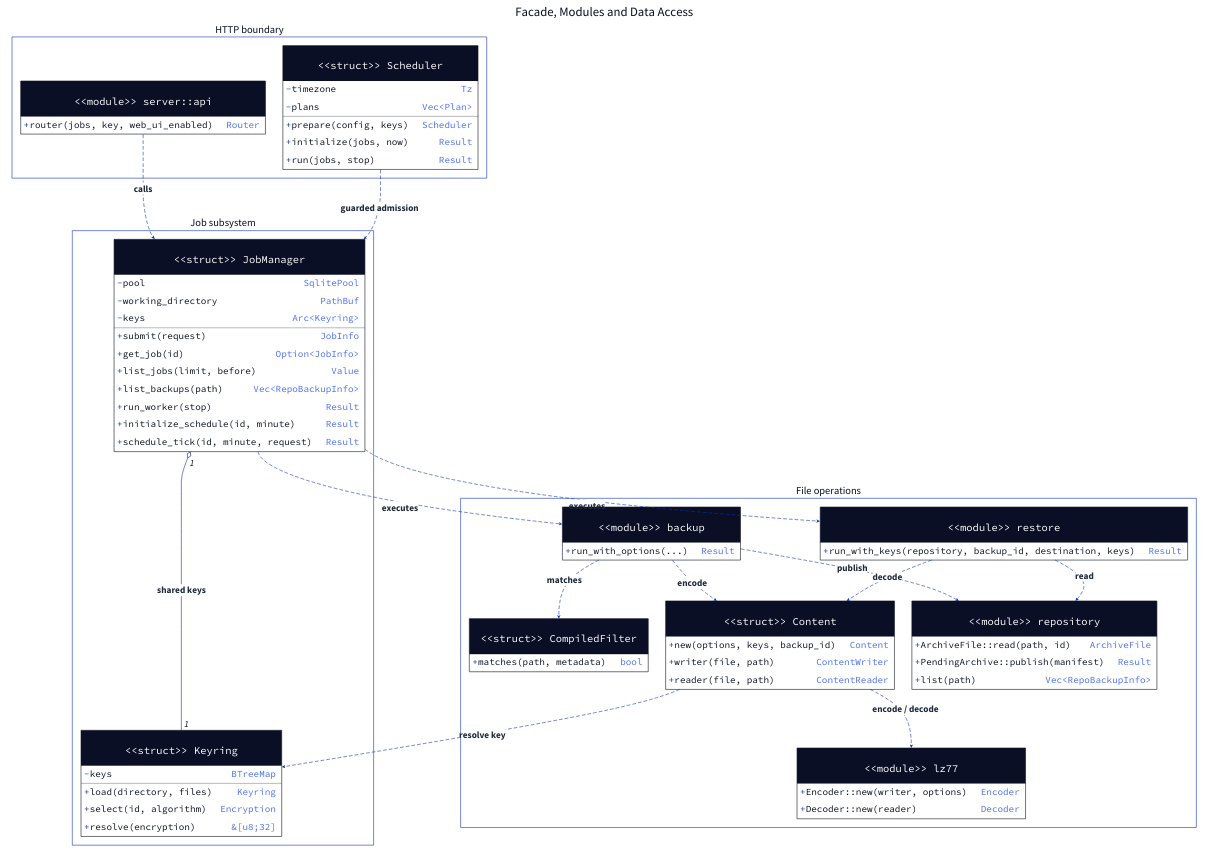
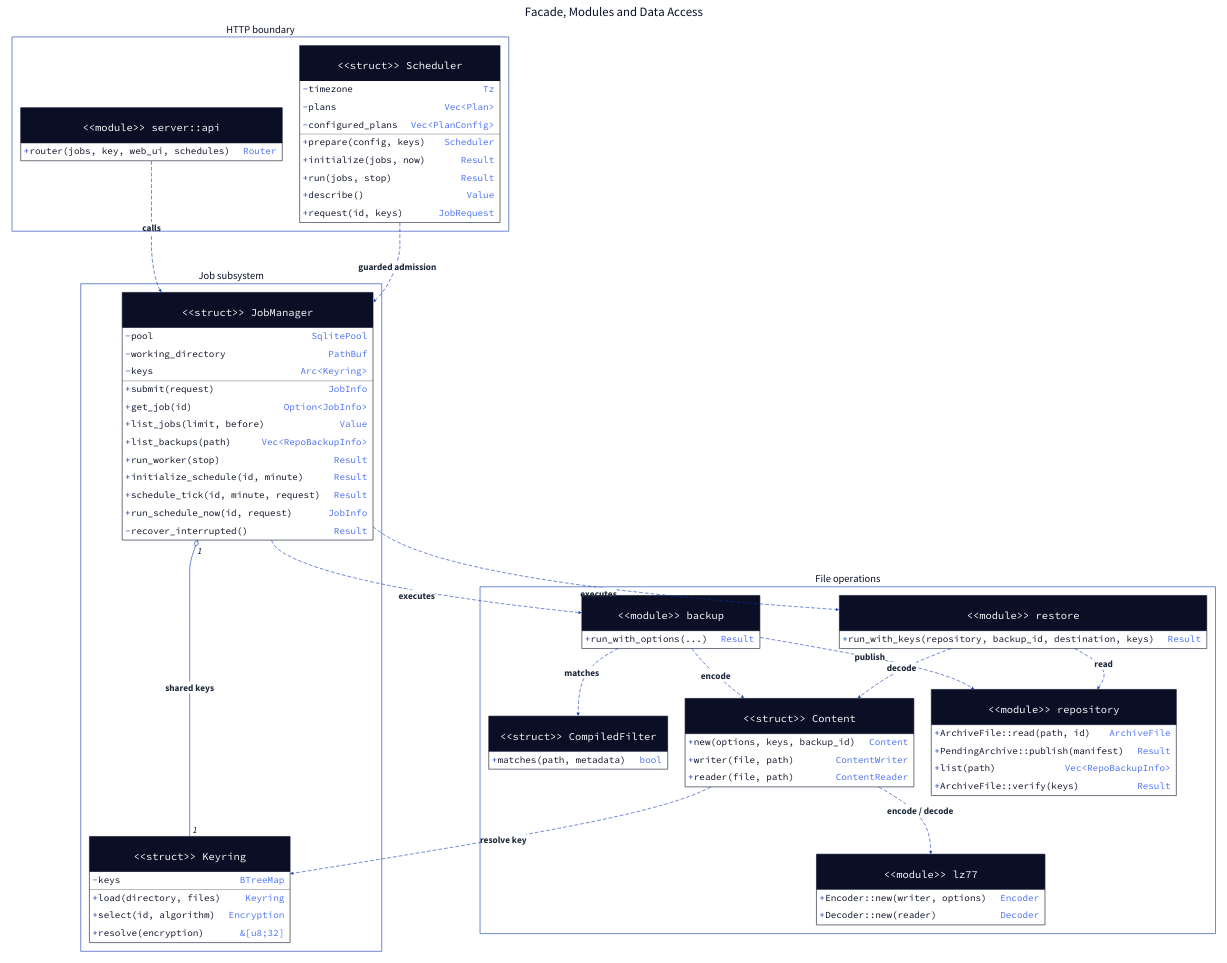
The diagram in docs/report/generated/system-class-services.d2 (qi7876/software-development-exp), drawn with D2 before and after one commit. The commit also changed 18 other files, not shown here.

```diff
--- a/docs/report/generated/system-class-services.d2
+++ b/docs/report/generated/system-class-services.d2
@@ -1,134 +1,140 @@
 # Generated from docs/report/model.yaml; do not edit directly.
 direction: down
 **.style.font-size: 32
 (** -> **)[*].style: {font-size: 32; bold: true; italic: false; font-color: "#1E293B"}
 (** -- **)[*].style: {font-size: 32; bold: true; italic: false; font-color: "#1E293B"}
 (** <- **)[*].style: {font-size: 32; bold: true; italic: false; font-color: "#1E293B"}
 diagram: "Facade, Modules and Data Access" {
   style.font-size: 44
   style.fill: white
   style.stroke: transparent
   package_0: "HTTP boundary" {
     style.font-size: 36
     style.fill: white
     API: "<<module>>\nserver::api" {
       shape: class
-      "+ router(jobs, key, web_ui_enabled)": "Router"
+      "+ router(jobs, key, web_ui, schedules)": "Router"
     }
     Scheduler: "<<struct>>\nScheduler" {
       shape: class
       "- timezone": "Tz"
       "- plans": "Vec<Plan>"
+      "- configured_plans": "Vec<PlanConfig>"
       "+ prepare(config, keys)": "Scheduler"
       "+ initialize(jobs, now)": "Result"
       "+ run(jobs, stop)": "Result"
+      "+ describe()": "Value"
+      "+ request(id, keys)": "JobRequest"
     }
   }
   package_1: "Job subsystem" {
     style.font-size: 36
     style.fill: white
     Manager: "<<struct>>\nJobManager" {
       shape: class
       "- pool": "SqlitePool"
       "- working_directory": "PathBuf"
       "- keys": "Arc<Keyring>"
       "+ submit(request)": "JobInfo"
       "+ get_job(id)": "Option<JobInfo>"
       "+ list_jobs(limit, before)": "Value"
       "+ list_backups(path)": "Vec<RepoBackupInfo>"
       "+ run_worker(stop)": "Result"
       "+ initialize_schedule(id, minute)": "Result"
       "+ schedule_tick(id, minute, request)": "Result"
+      "+ run_schedule_now(id, request)": "JobInfo"
+      "- recover_interrupted()": "Result"
     }
     Keys: "<<struct>>\nKeyring" {
       shape: class
       "- keys": "BTreeMap"
       "+ load(directory, files)": "Keyring"
       "+ select(id, algorithm)": "Encryption"
       "+ resolve(encryption)": "&[u8;32]"
     }
   }
   package_2: "File operations" {
     style.font-size: 36
     style.fill: white
     Filter: "<<struct>>\nCompiledFilter" {
       shape: class
       "+ matches(path, metadata)": "bool"
     }
     Content: "<<struct>>\nContent" {
       shape: class
       "+ new(options, keys, backup_id)": "Content"
       "+ writer(file, path)": "ContentWriter"
       "+ reader(file, path)": "ContentReader"
     }
     Backup: "<<module>>\nbackup" {
       shape: class
       "+ run_with_options(...)": "Result"
     }
     Restore: "<<module>>\nrestore" {
       shape: class
       "+ run_with_keys(repository, backup_id, destination, keys)": "Result"
     }
     Repo: "<<module>>\nrepository" {
       shape: class
       "+ ArchiveFile::read(path, id)": "ArchiveFile"
       "+ PendingArchive::publish(manifest)": "Result"
       "+ list(path)": "Vec<RepoBackupInfo>"
+      "+ ArchiveFile::verify(keys)": "Result"
     }
     Lz77: "<<module>>\nlz77" {
       shape: class
       "+ Encoder::new(writer, options)": "Encoder"
       "+ Decoder::new(reader)": "Decoder"
     }
   }
   package_0.API -> package_1.Manager: "calls" {
     target-arrowhead.shape: arrow
     style.stroke-dash: 5
   }
   package_1.Manager <- package_1.Keys: "shared keys" {
     source-arrowhead.label: "1"
     target-arrowhead.label: "1"
     source-arrowhead.shape: diamond
     source-arrowhead.style.filled: false
   }
   package_1.Manager -> package_2.Backup: "executes" {
     target-arrowhead.shape: arrow
     style.stroke-dash: 5
   }
   package_1.Manager -> package_2.Restore: "executes" {
     target-arrowhead.shape: arrow
     style.stroke-dash: 5
   }
   package_2.Backup -> package_2.Filter: "matches" {
     target-arrowhead.shape: arrow
     style.stroke-dash: 5
   }
   package_2.Backup -> package_2.Content: "encode" {
     target-arrowhead.shape: arrow
     style.stroke-dash: 5
   }
   package_2.Restore -> package_2.Content: "decode" {
     target-arrowhead.shape: arrow
     style.stroke-dash: 5
   }
   package_2.Content -> package_1.Keys: "resolve key" {
     target-arrowhead.shape: arrow
     style.stroke-dash: 5
   }
   package_2.Backup -> package_2.Repo: "publish" {
     target-arrowhead.shape: arrow
     style.stroke-dash: 5
   }
   package_2.Restore -> package_2.Repo: "read" {
     target-arrowhead.shape: arrow
     style.stroke-dash: 5
   }
   package_2.Content -> package_2.Lz77: "encode / decode" {
     target-arrowhead.shape: arrow
     style.stroke-dash: 5
   }
   package_0.Scheduler -> package_1.Manager: "guarded admission" {
     target-arrowhead.shape: arrow
     style.stroke-dash: 5
   }
 }
```
